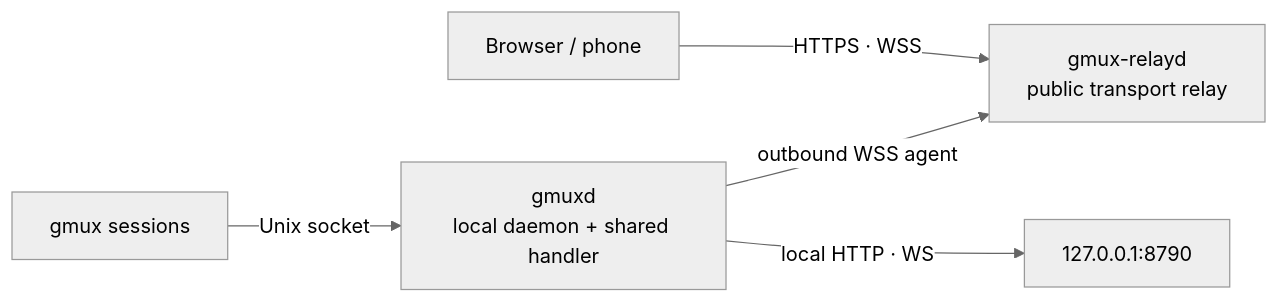
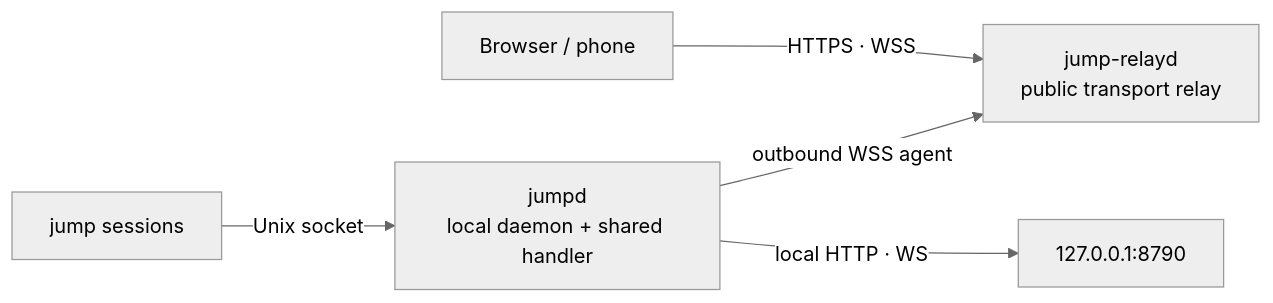
One commit to btmc0/datai changed the third of 3 diagrams in README.md. Above: the diagram before and after it, drawn with Mermaid (neutral theme). The commit also changed other lines of this file and 487 other files, not shown here.

````diff
--- a/README.md
+++ b/README.md
@@ -62,7 +62,7 @@
 ```mermaid
 graph LR
-    browser["Browser / phone"] -->|HTTPS · WSS| relayd["gmux-relayd\npublic transport relay"]
-    gmuxd["gmuxd\nlocal daemon + shared handler"] -->|outbound WSS agent| relayd
-    gmuxd -->|local HTTP · WS| local["127.0.0.1:8790"]
-    gmux["gmux sessions"] -->|Unix socket| gmuxd
+    browser["Browser / phone"] -->|HTTPS · WSS| relayd["jump-relayd\npublic transport relay"]
+    jumpd["jumpd\nlocal daemon + shared handler"] -->|outbound WSS agent| relayd
+    jumpd -->|local HTTP · WS| local["127.0.0.1:8790"]
+    jump["jump sessions"] -->|Unix socket| jumpd
 ```
````
